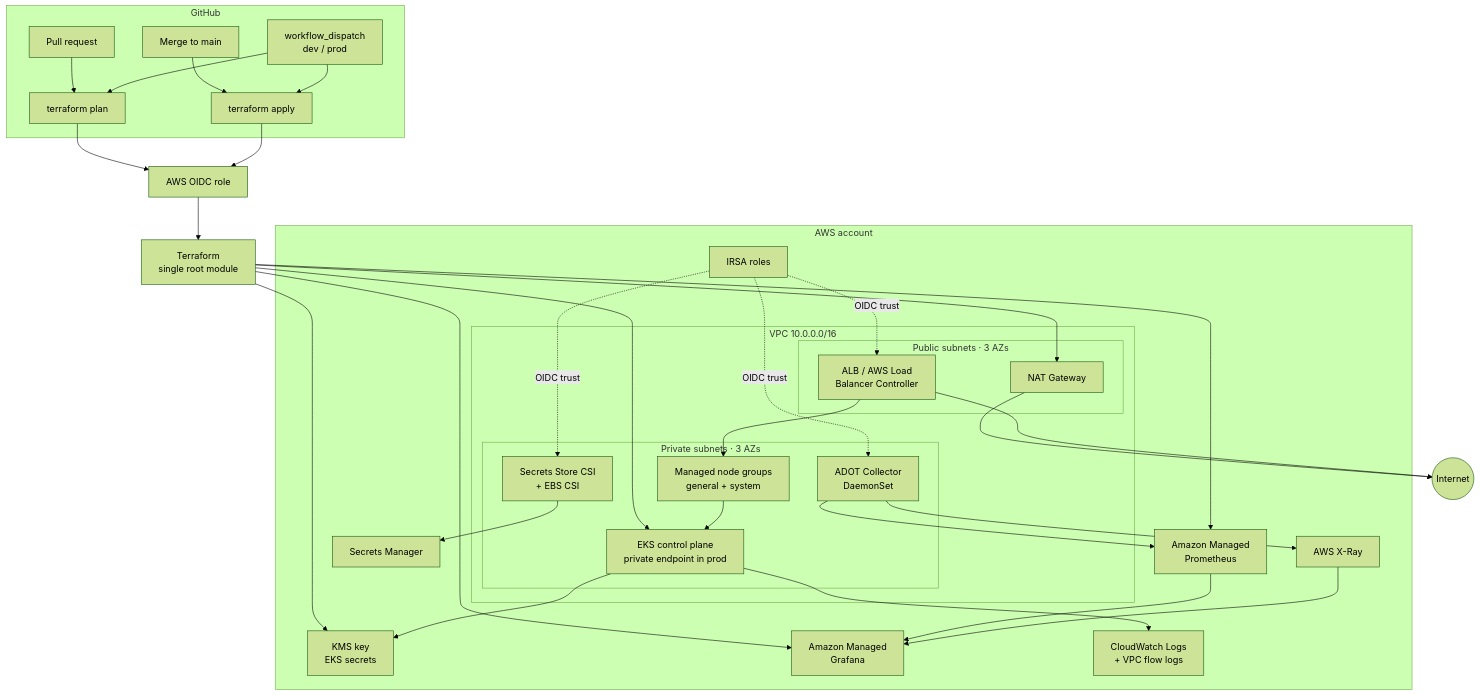
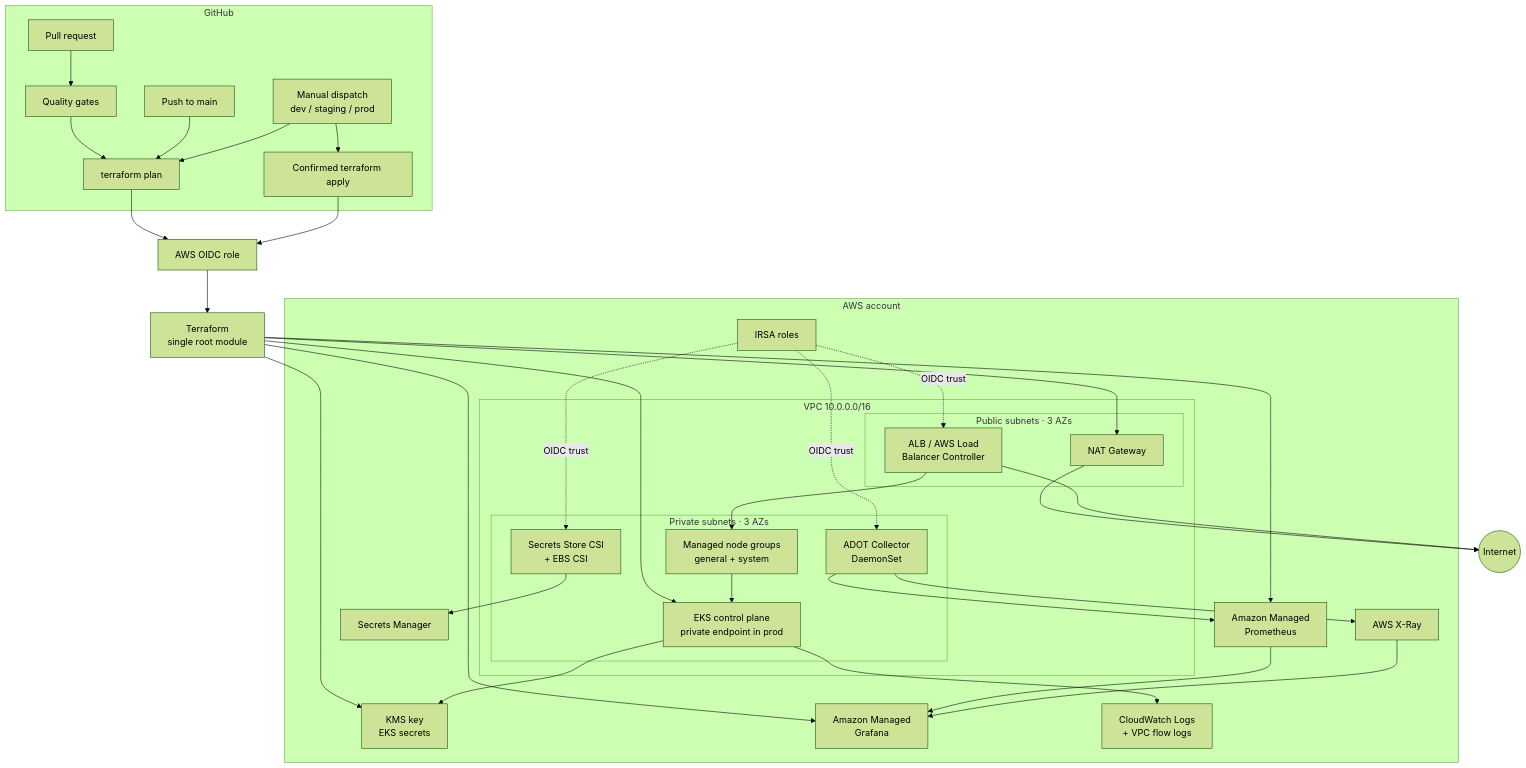
One commit to jb-bagas/terraform-eks changed the diagram in README.md. Above: the diagram before and after it, drawn with Mermaid (forest theme). The commit also changed other lines of this file and 5 other files, not shown here.

Commit message:
feat: add staging environment configuration and update documentation for CI/CD workflow

````diff
--- a/README.md
+++ b/README.md
@@ -9,56 +9,57 @@
 ```mermaid
 flowchart TB
   subgraph GitHub["GitHub"]
-    PR["Pull request"] --> Plan["terraform plan"]
-    Merge["Merge to main"] --> Apply["terraform apply"]
-    Manual["workflow_dispatch<br/>dev / prod"] --> Plan
-    Manual --> Apply
+    PR["Pull request"] --> Gates["Quality gates"]
+    Gates --> Plan["terraform plan"]
+    Push["Push to main"] --> Plan
+    Manual["Manual dispatch<br/>dev / staging / prod"] --> Plan
+    Manual --> Apply["Confirmed terraform apply"]
   end
 
   Plan --> OIDC["AWS OIDC role"]
   Apply --> OIDC
   OIDC --> TF["Terraform<br/>single root module"]
 
   subgraph AWS["AWS account"]
     subgraph VPC["VPC 10.0.0.0/16"]
       subgraph Public["Public subnets · 3 AZs"]
         ALB["ALB / AWS Load<br/>Balancer Controller"]
         NAT["NAT Gateway"]
       end
       subgraph Private["Private subnets · 3 AZs"]
         CP["EKS control plane<br/>private endpoint in prod"]
         NG["Managed node groups<br/>general + system"]
         ADOT["ADOT Collector<br/>DaemonSet"]
         CSI["Secrets Store CSI<br/>+ EBS CSI"]
       end
     end
 
     KMS["KMS key<br/>EKS secrets"]
     SM["Secrets Manager"]
     AMP["Amazon Managed<br/>Prometheus"]
     AMG["Amazon Managed<br/>Grafana"]
     XR["AWS X-Ray"]
     CW["CloudWatch Logs<br/>+ VPC flow logs"]
     IRSA["IRSA roles"]
   end
 
   TF --> NAT
   TF --> CP
   TF --> KMS
   TF --> AMP
   TF --> AMG
   CP --> KMS
   NG --> CP
   ALB --> NG
   CSI --> SM
   ADOT --> AMP
   ADOT --> XR
   AMP --> AMG
   XR --> AMG
   CP --> CW
   NAT --> Internet(("Internet"))
   ALB --> Internet
   IRSA -. "OIDC trust" .-> ALB
   IRSA -. "OIDC trust" .-> CSI
   IRSA -. "OIDC trust" .-> ADOT
 ```
````
